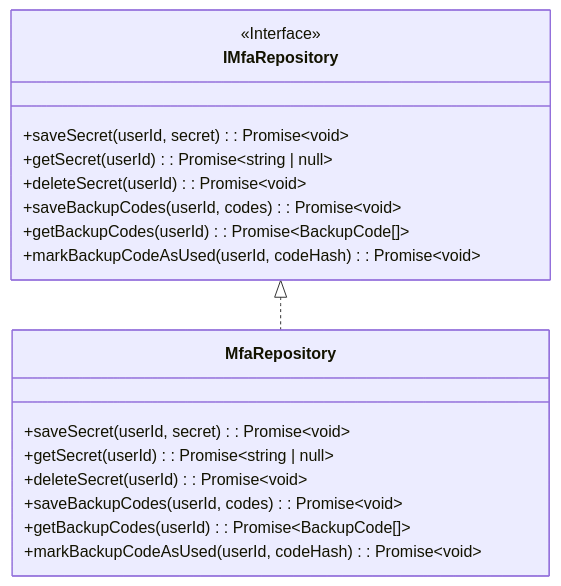
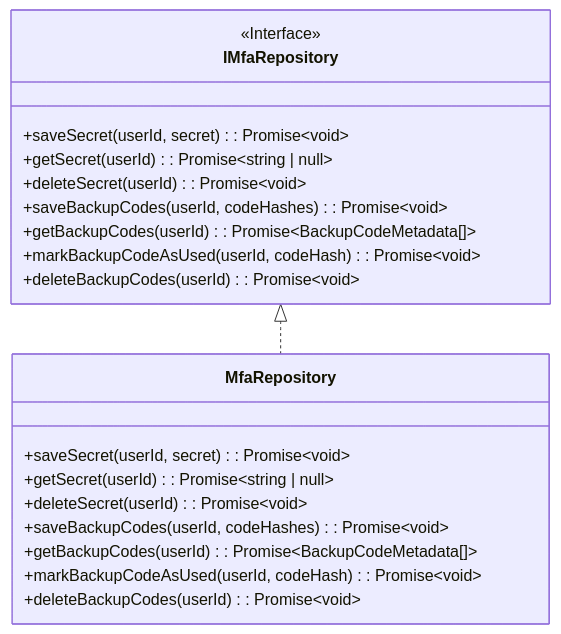
The second of 3 diagrams in docs/detailed-design/MWD-30_mfa-implementation/class-diagrams.md (kencom2400/MrWebDefence-Console), drawn with Mermaid before and after one commit. The commit also changed 3 other files, not shown here.

````diff
--- a/docs/detailed-design/MWD-30_mfa-implementation/class-diagrams.md
+++ b/docs/detailed-design/MWD-30_mfa-implementation/class-diagrams.md
@@ -127,23 +127,25 @@
 ```mermaid
 classDiagram
     class IMfaRepository {
         <<Interface>>
         +saveSecret(userId, secret): Promise~void~
         +getSecret(userId): Promise~string | null~
         +deleteSecret(userId): Promise~void~
-        +saveBackupCodes(userId, codes): Promise~void~
-        +getBackupCodes(userId): Promise~BackupCode[]~
+        +saveBackupCodes(userId, codeHashes): Promise~void~
+        +getBackupCodes(userId): Promise~BackupCodeMetadata[]~
         +markBackupCodeAsUsed(userId, codeHash): Promise~void~
+        +deleteBackupCodes(userId): Promise~void~
     }
 
     class MfaRepository {
         +saveSecret(userId, secret): Promise~void~
         +getSecret(userId): Promise~string | null~
         +deleteSecret(userId): Promise~void~
-        +saveBackupCodes(userId, codes): Promise~void~
-        +getBackupCodes(userId): Promise~BackupCode[]~
+        +saveBackupCodes(userId, codeHashes): Promise~void~
+        +getBackupCodes(userId): Promise~BackupCodeMetadata[]~
         +markBackupCodeAsUsed(userId, codeHash): Promise~void~
+        +deleteBackupCodes(userId): Promise~void~
     }
 
     IMfaRepository <|.. MfaRepository
 ```
````
